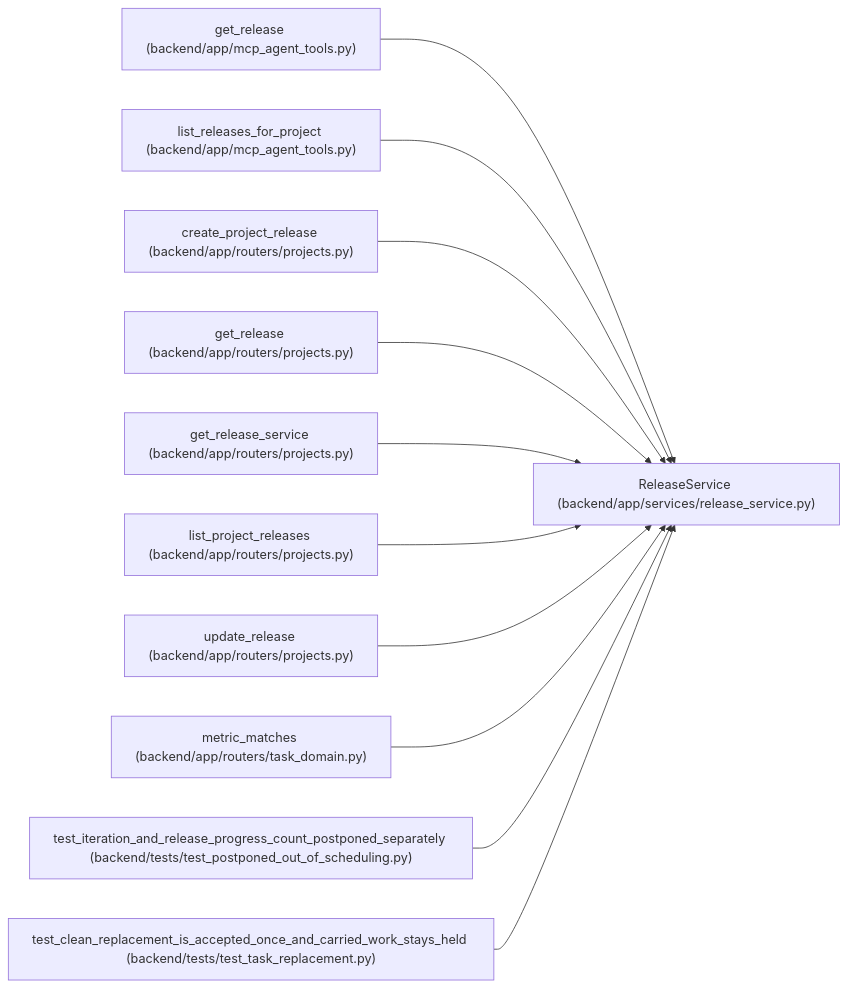
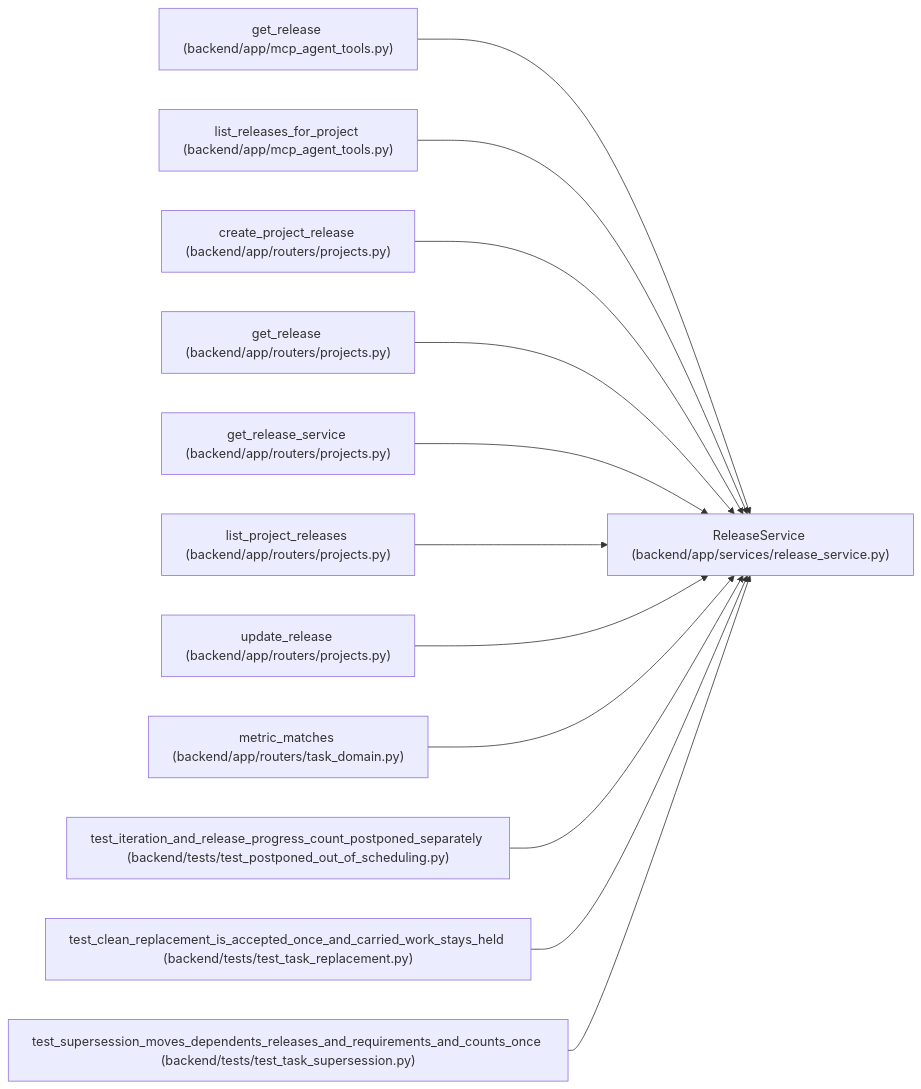
Before and after one commit to Denissvgn/WorkChord: the diagram in docs/llm_wiki/entities/ReleaseService.md, drawn with Mermaid. The commit also changed other lines of this file and 693 other files, not shown here.

Commit message:
Sync the architectural wiki for superseding work with an accepted successor

````diff
--- a/docs/llm_wiki/entities/ReleaseService.md
+++ b/docs/llm_wiki/entities/ReleaseService.md
@@ -40,35 +40,38 @@
 ```mermaid
 flowchart LR
     n0["ReleaseService (backend/app/services/release_service.py)"]
     n1["get_release (backend/app/mcp_agent_tools.py)"]
     n2["list_releases_for_project (backend/app/mcp_agent_tools.py)"]
     n3["create_project_release (backend/app/routers/projects.py)"]
     n4["get_release (backend/app/routers/projects.py)"]
     n5["get_release_service (backend/app/routers/projects.py)"]
     n6["list_project_releases (backend/app/routers/projects.py)"]
     n7["update_release (backend/app/routers/projects.py)"]
     n8["metric_matches (backend/app/routers/task_domain.py)"]
     n9["test_iteration_and_release_progress_count_postponed_separately (backend/tests/test_postponed_out_of_scheduling.py)"]
     n10["test_clean_replacement_is_accepted_once_and_carried_work_stays_held (backend/tests/test_task_replacement.py)"]
+    n11["test_supersession_moves_dependents_releases_and_requirements_and_counts_once (backend/tests/test_task_supersession.py)"]
     n1 --> n0
     n2 --> n0
     n3 --> n0
     n4 --> n0
     n5 --> n0
     n6 --> n0
     n7 --> n0
     n8 --> n0
     n9 --> n0
     n10 --> n0
+    n11 --> n0
     click n0 "../modules/release_service.md"
     click n1 "../modules/mcp_agent_tools.md"
     click n2 "../modules/mcp_agent_tools.md"
     click n3 "../modules/projects.md"
     click n4 "../modules/projects.md"
     click n5 "../modules/projects.md"
     click n6 "../modules/projects.md"
     click n7 "../modules/projects.md"
     click n8 "../modules/routers_task_domain.md"
     click n9 "../modules/test_postponed_out_of_scheduling.md"
     click n10 "../modules/test_task_replacement.md"
+    click n11 "../modules/test_task_supersession.md"
 ```
````
